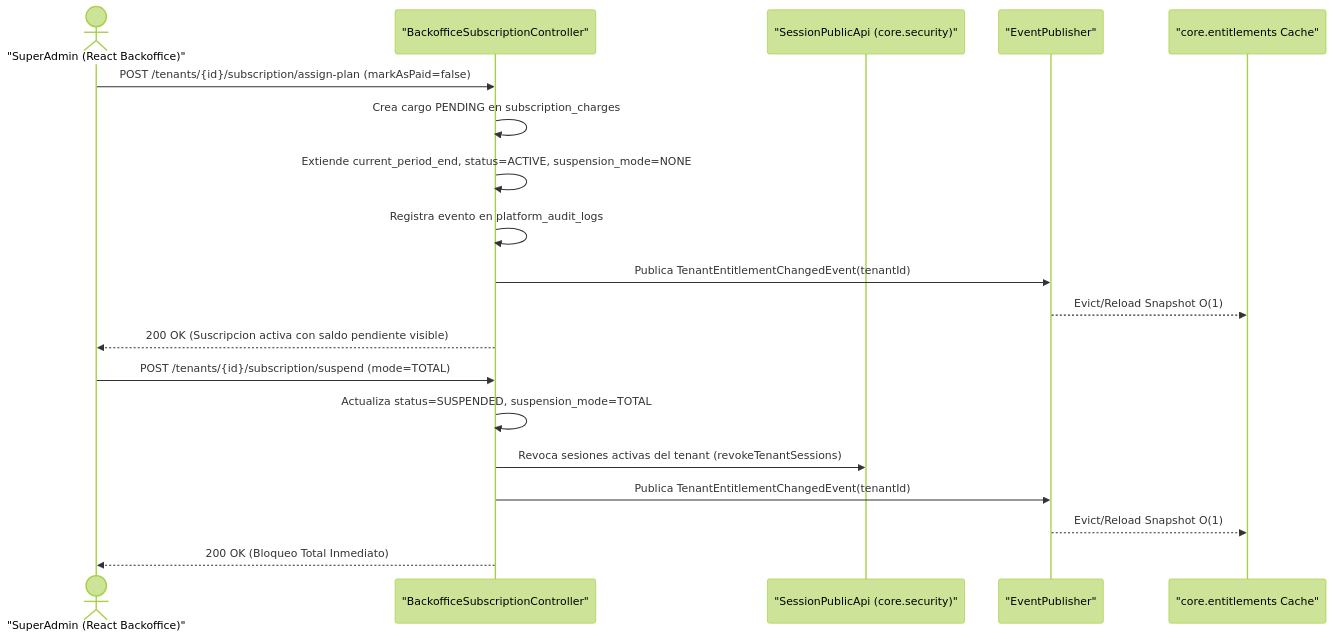
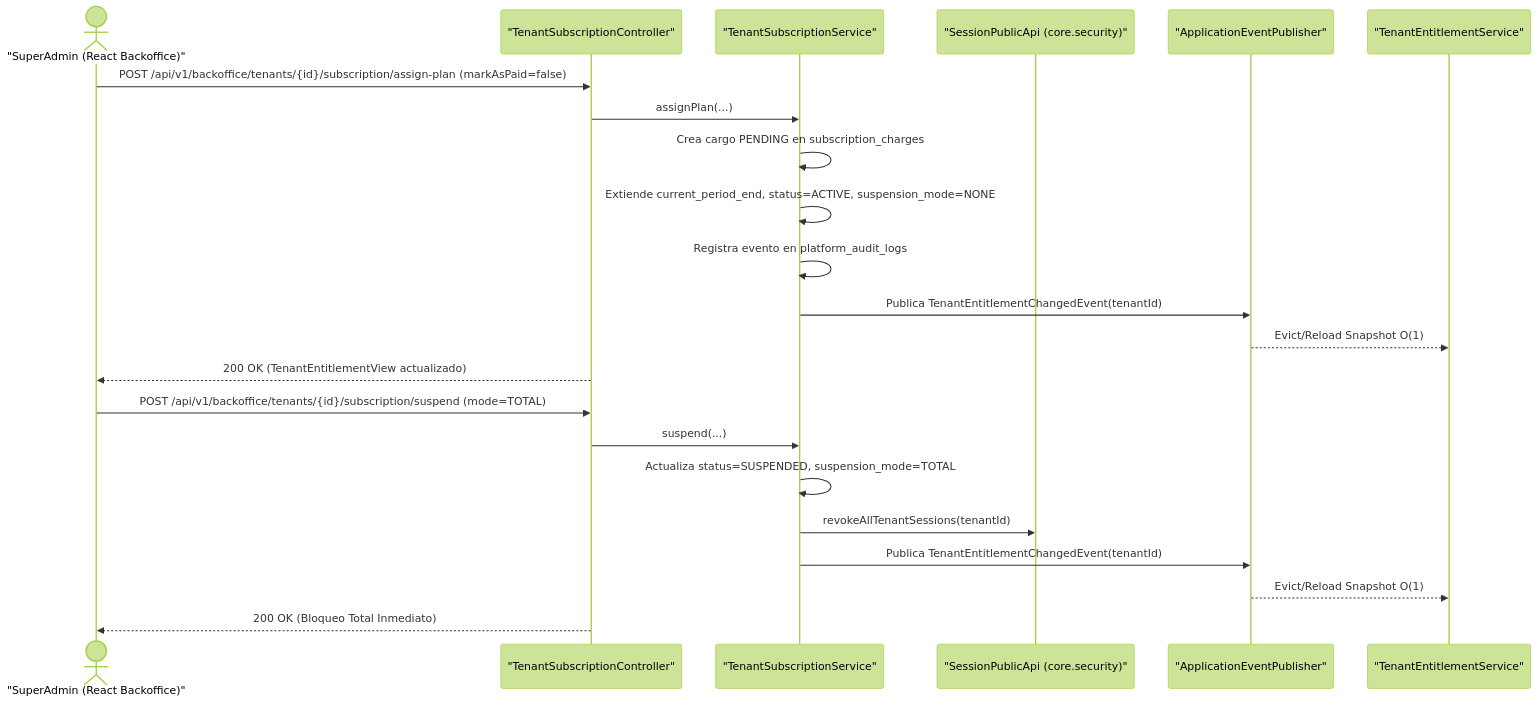
One commit to vakajose/gestion-restaurante changed the third of 3 diagrams in docs/backoffice/architecture/sequence_and_state_subscriptions.md. Above: the diagram before and after it, drawn with Mermaid (forest theme). The commit also changed other lines of this file and 156 other files, not shown here.

````diff
--- a/docs/backoffice/architecture/sequence_and_state_subscriptions.md
+++ b/docs/backoffice/architecture/sequence_and_state_subscriptions.md
@@ -76,23 +78,26 @@
 ```mermaid
 sequenceDiagram
     actor Admin as "SuperAdmin (React Backoffice)"
-    participant Ctrl as "BackofficeSubscriptionController"
+    participant Ctrl as "TenantSubscriptionController"
+    participant Svc as "TenantSubscriptionService"
     participant Sec as "SessionPublicApi (core.security)"
-    participant Bus as "EventPublisher"
-    participant Cache as "core.entitlements Cache"
+    participant Bus as "ApplicationEventPublisher"
+    participant Cache as "TenantEntitlementService"
 
-    Admin->>Ctrl: POST /tenants/{id}/subscription/assign-plan (markAsPaid=false)
-    Ctrl->>Ctrl: Crea cargo PENDING en subscription_charges
-    Ctrl->>Ctrl: Extiende current_period_end, status=ACTIVE, suspension_mode=NONE
-    Ctrl->>Ctrl: Registra evento en platform_audit_logs
-    Ctrl->>Bus: Publica TenantEntitlementChangedEvent(tenantId)
+    Admin->>Ctrl: POST /api/v1/backoffice/tenants/{id}/subscription/assign-plan (markAsPaid=false)
+    Ctrl->>Svc: assignPlan(...)
+    Svc->>Svc: Crea cargo PENDING en subscription_charges
+    Svc->>Svc: Extiende current_period_end, status=ACTIVE, suspension_mode=NONE
+    Svc->>Svc: Registra evento en platform_audit_logs
+    Svc->>Bus: Publica TenantEntitlementChangedEvent(tenantId)
     Bus-->>Cache: Evict/Reload Snapshot O(1)
-    Ctrl-->>Admin: 200 OK (Suscripcion activa con saldo pendiente visible)
+    Ctrl-->>Admin: 200 OK (TenantEntitlementView actualizado)
 
-    Admin->>Ctrl: POST /tenants/{id}/subscription/suspend (mode=TOTAL)
-    Ctrl->>Ctrl: Actualiza status=SUSPENDED, suspension_mode=TOTAL
-    Ctrl->>Sec: Revoca sesiones activas del tenant (revokeTenantSessions)
-    Ctrl->>Bus: Publica TenantEntitlementChangedEvent(tenantId)
+    Admin->>Ctrl: POST /api/v1/backoffice/tenants/{id}/subscription/suspend (mode=TOTAL)
+    Ctrl->>Svc: suspend(...)
+    Svc->>Svc: Actualiza status=SUSPENDED, suspension_mode=TOTAL
+    Svc->>Sec: revokeAllTenantSessions(tenantId)
+    Svc->>Bus: Publica TenantEntitlementChangedEvent(tenantId)
     Bus-->>Cache: Evict/Reload Snapshot O(1)
     Ctrl-->>Admin: 200 OK (Bloqueo Total Inmediato)
 ```
````
